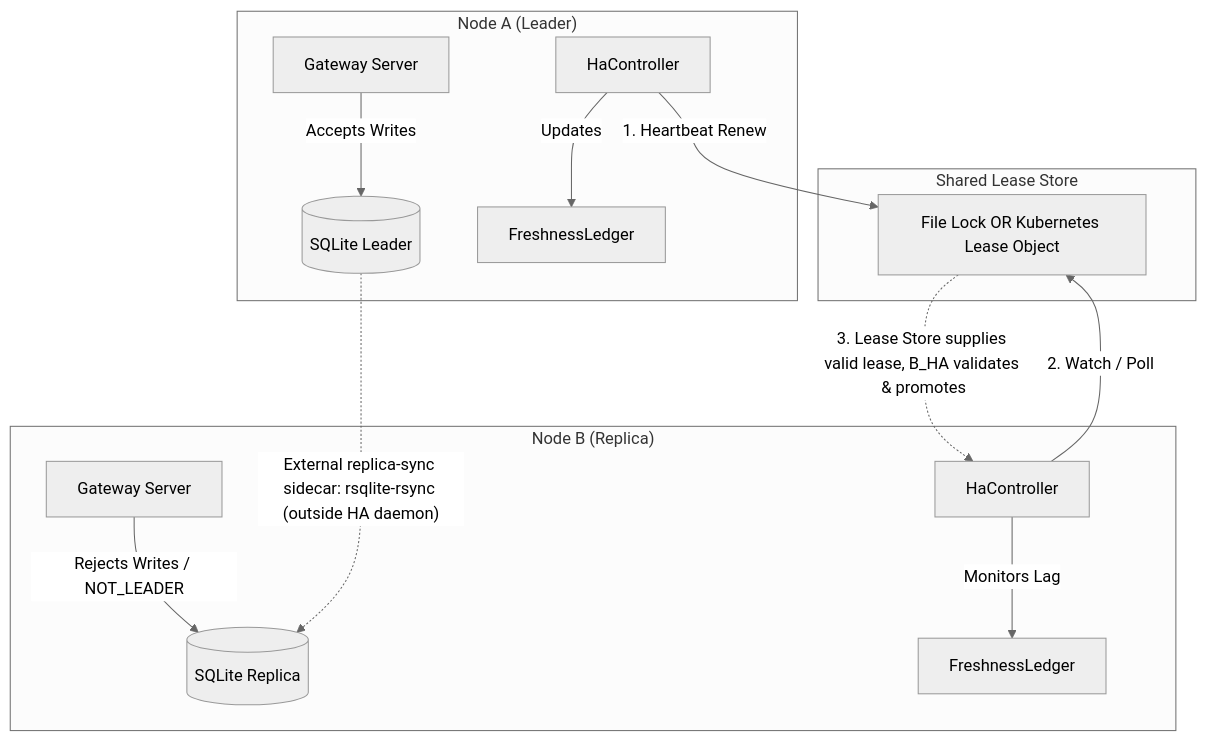
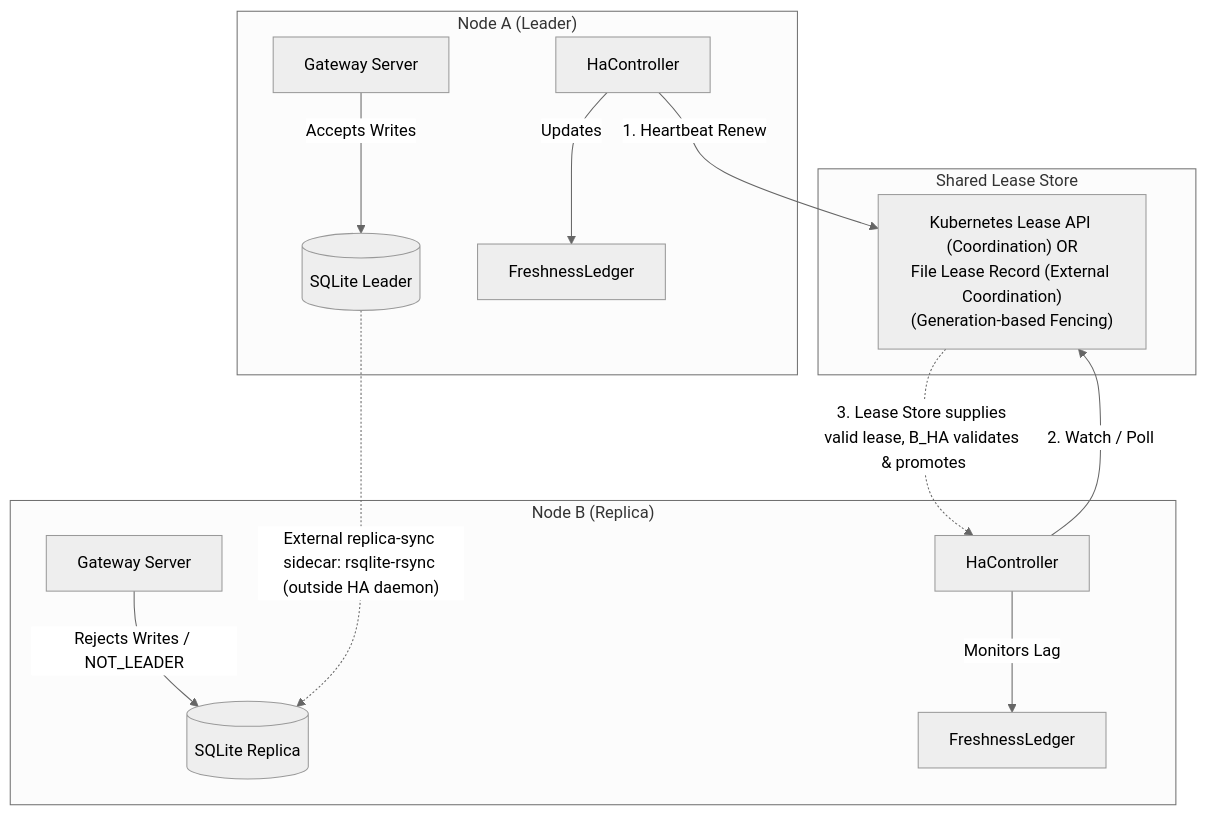
One commit to sria91/rsqlite-rsync changed the fifth of 12 diagrams in docs/architecture-diagrams.md. Above: the diagram before and after it, drawn with Mermaid (neutral theme). The commit also changed other lines of this file, not shown here.

Commit message:
docs(docs/architecture-diagrams): address CodeRabbit review feedback on lease coordination and fencing

````diff
--- a/docs/architecture-diagrams.md
+++ b/docs/architecture-diagrams.md
@@ -177,29 +177,29 @@
 ```mermaid
 flowchart TB
     subgraph LeaseStore["Shared Lease Store"]
-        Lease["File Lock OR Kubernetes Lease Object"]
+        Lease["Kubernetes Lease API (Coordination) OR<br/>File Lease Record (External Coordination)<br/>(Generation-based Fencing)"]
     end
 
     subgraph NodeA["Node A (Leader)"]
         A_HA["HaController"]
         A_GW["Gateway Server"]
         A_DB[("SQLite Leader")]
         
         A_HA -->|"1. Heartbeat Renew"| Lease
         A_GW -->|"Accepts Writes"| A_DB
         A_HA -->|"Updates"| A_Ledger["FreshnessLedger"]
     end
 
     subgraph NodeB["Node B (Replica)"]
         B_HA["HaController"]
         B_GW["Gateway Server"]
         B_DB[("SQLite Replica")]
         
         B_HA -->|"2. Watch / Poll"| Lease
         B_GW -->|"Rejects Writes / NOT_LEADER"| B_DB
         B_HA -->|"Monitors Lag"| B_Ledger["FreshnessLedger"]
     end
 
     A_DB -.->|"External replica-sync sidecar: rsqlite-rsync (outside HA daemon)"| B_DB
     Lease -.->|"3. Lease Store supplies valid lease, B_HA validates & promotes"| B_HA
 ```
````
